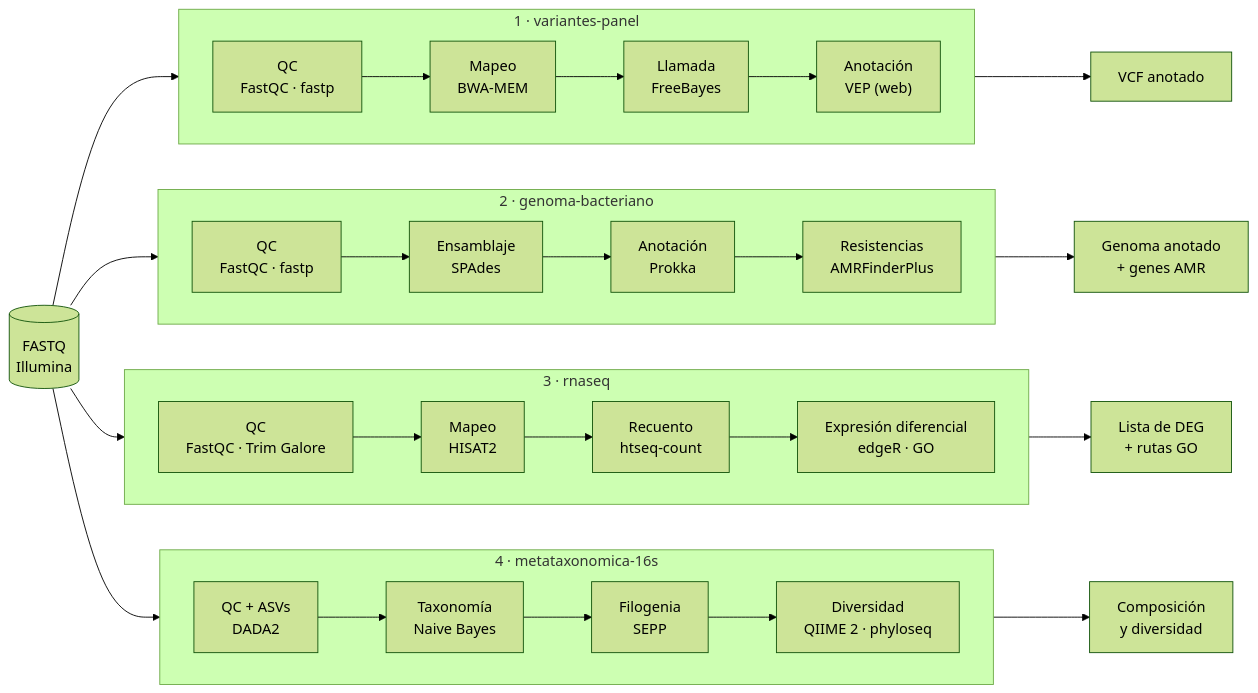
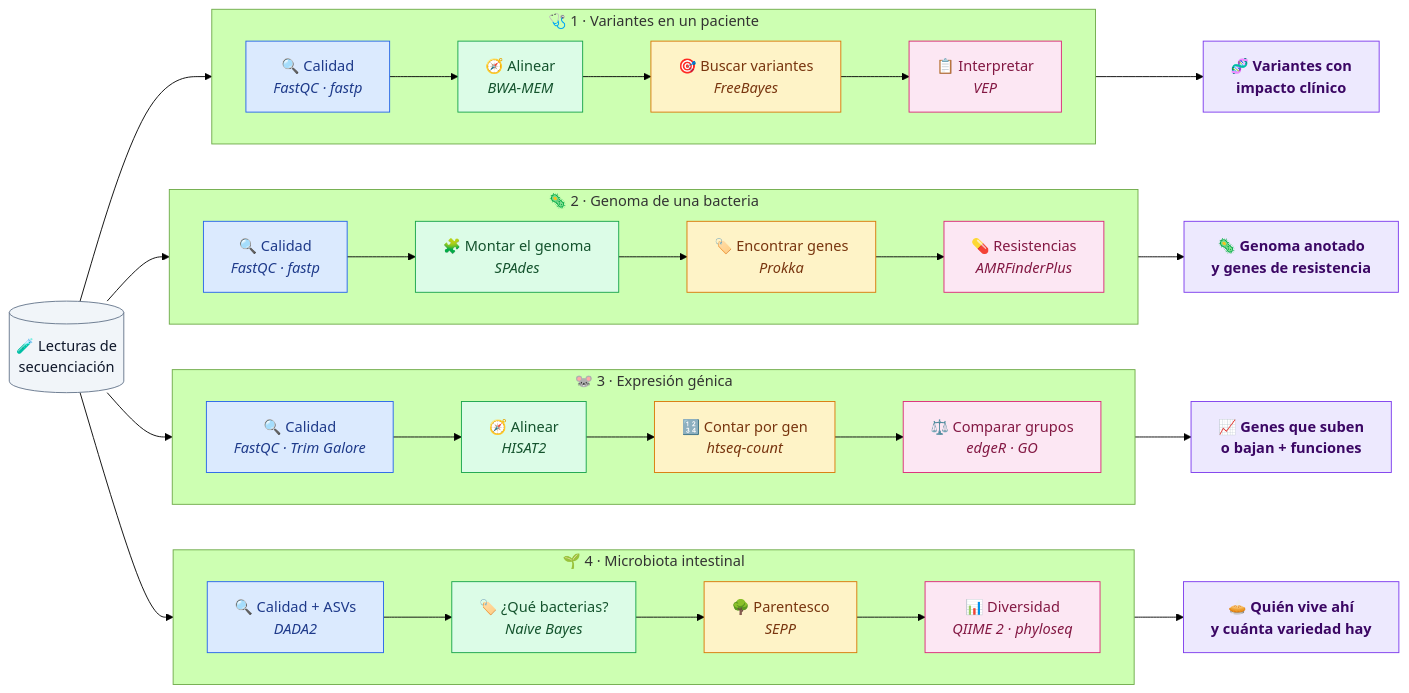
The first of 8 diagrams in README.md (AndoniM12/ngs-pipelines), drawn with Mermaid (forest theme) before and after one commit. The commit also changed other lines of this file, not shown here.

First line of the commit message:
Diagramas más visuales en el README y nota sobre emrD

````diff
--- a/README.md
+++ b/README.md
@@ -33,30 +33,43 @@
 ```mermaid
 flowchart LR
-    FQ[("FASTQ<br/>Illumina")]
+    FQ[("🧪 Lecturas de<br/>secuenciación")]
 
-    subgraph V["1 · variantes-panel"]
+    subgraph V["🩺 1 · Variantes en un paciente"]
         direction LR
-        v1["QC<br/>FastQC · fastp"] --> v2["Mapeo<br/>BWA-MEM"] --> v3["Llamada<br/>FreeBayes"] --> v4["Anotación<br/>VEP (web)"]
+        v1["🔍 Calidad<br/><i>FastQC · fastp</i>"] --> v2["🧭 Alinear<br/><i>BWA-MEM</i>"] --> v3["🎯 Buscar variantes<br/><i>FreeBayes</i>"] --> v4["📋 Interpretar<br/><i>VEP</i>"]
     end
 
-    subgraph G["2 · genoma-bacteriano"]
+    subgraph G["🦠 2 · Genoma de una bacteria"]
         direction LR
-        g1["QC<br/>FastQC · fastp"] --> g2["Ensamblaje<br/>SPAdes"] --> g3["Anotación<br/>Prokka"] --> g4["Resistencias<br/>AMRFinderPlus"]
+        g1["🔍 Calidad<br/><i>FastQC · fastp</i>"] --> g2["🧩 Montar el genoma<br/><i>SPAdes</i>"] --> g3["🏷️ Encontrar genes<br/><i>Prokka</i>"] --> g4["💊 Resistencias<br/><i>AMRFinderPlus</i>"]
     end
 
-    subgraph R["3 · rnaseq"]
+    subgraph R["🐭 3 · Expresión génica"]
         direction LR
-        r1["QC<br/>FastQC · Trim Galore"] --> r2["Mapeo<br/>HISAT2"] --> r3["Recuento<br/>htseq-count"] --> r4["Expresión diferencial<br/>edgeR · GO"]
+        r1["🔍 Calidad<br/><i>FastQC · Trim Galore</i>"] --> r2["🧭 Alinear<br/><i>HISAT2</i>"] --> r3["🔢 Contar por gen<br/><i>htseq-count</i>"] --> r4["⚖️ Comparar grupos<br/><i>edgeR · GO</i>"]
     end
 
-    subgraph M["4 · metataxonomica-16s"]
+    subgraph M["🌱 4 · Microbiota intestinal"]
         direction LR
-        m1["QC + ASVs<br/>DADA2"] --> m2["Taxonomía<br/>Naive Bayes"] --> m3["Filogenia<br/>SEPP"] --> m4["Diversidad<br/>QIIME 2 · phyloseq"]
+        m1["🔍 Calidad + ASVs<br/><i>DADA2</i>"] --> m2["🏷️ ¿Qué bacterias?<br/><i>Naive Bayes</i>"] --> m3["🌳 Parentesco<br/><i>SEPP</i>"] --> m4["📊 Diversidad<br/><i>QIIME 2 · phyloseq</i>"]
     end
 
     FQ --> V & G & R & M
-    V --> oV["VCF anotado"]
-    G --> oG["Genoma anotado<br/>+ genes AMR"]
-    R --> oR["Lista de DEG<br/>+ rutas GO"]
-    M --> oM["Composición<br/>y diversidad"]
+    V --> oV["🧬 Variantes con<br/>impacto clínico"]
+    G --> oG["🦠 Genoma anotado<br/>y genes de resistencia"]
+    R --> oR["📈 Genes que suben<br/>o bajan + funciones"]
+    M --> oM["🥧 Quién vive ahí<br/>y cuánta variedad hay"]
+
+    class FQ dato
+    class v1,g1,r1,m1 qc
+    class v2,g2,r2,m2 proc
+    class v3,g3,r3,m3 ana
+    class v4,g4,r4,m4 inter
+    class oV,oG,oR,oM res
+    classDef dato fill:#f1f5f9,stroke:#64748b,color:#0f172a
+    classDef qc fill:#dbeafe,stroke:#2563eb,color:#1e3a8a
+    classDef proc fill:#dcfce7,stroke:#16a34a,color:#14532d
+    classDef ana fill:#fef3c7,stroke:#d97706,color:#78350f
+    classDef inter fill:#fce7f3,stroke:#db2777,color:#831843
+    classDef res fill:#ede9fe,stroke:#7c3aed,color:#3b0764,font-weight:bold
 ```
````
